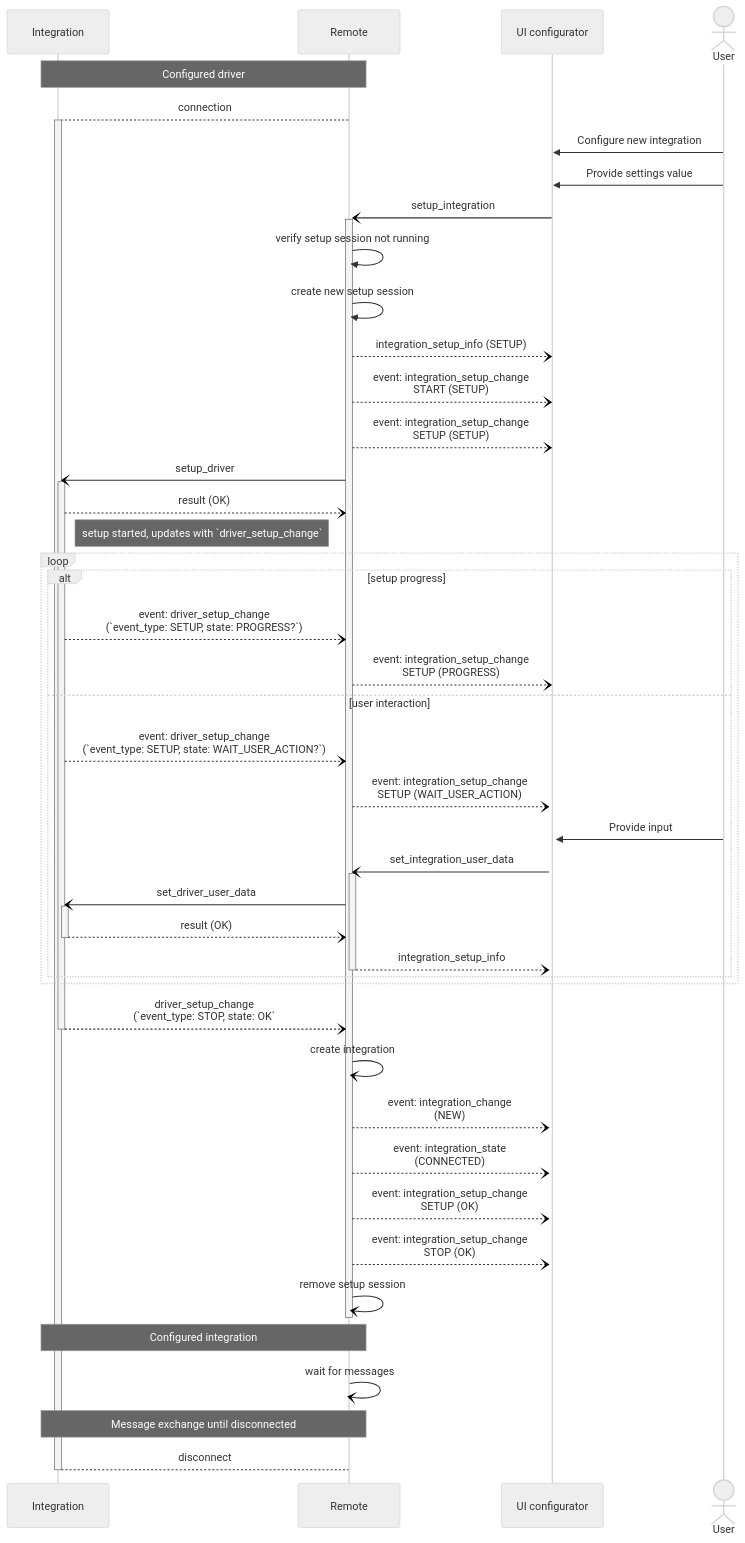
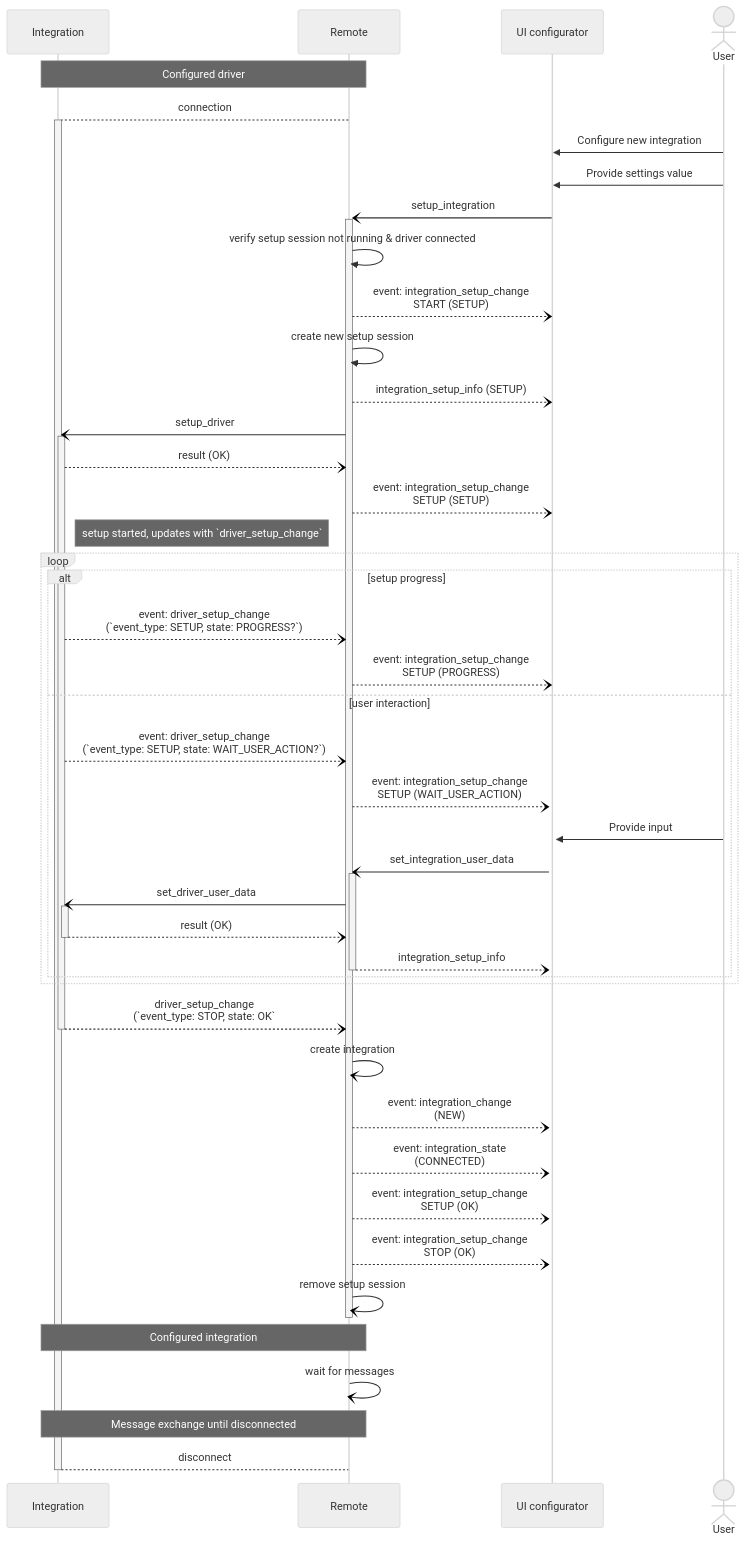
Before and after one commit to unfoldedcircle/core-api: the second of 2 diagrams in doc/integration-driver/driver-setup.md, drawn with Mermaid (neutral theme). The commit also changed 1 other file, not shown here.

Commit message:
define setup_driver payload

````diff
--- a/doc/integration-driver/driver-setup.md
+++ b/doc/integration-driver/driver-setup.md
@@ -93,51 +93,51 @@
 ```mermaid
 sequenceDiagram
     participant I as Integration
     participant R as Remote
     participant C as UI configurator
     actor User
 
     Note over I,R: Configured driver
     R-->+I:           connection
 
     User->>C: Configure new integration
 
     User->>C: Provide settings value
 
     C-)+R:   setup_integration
-    R->>R:   verify setup session not running
+    R->>R:   verify setup session not running & driver connected
+    R--)C:   event: integration_setup_change<br>START (SETUP)
     R->>R:   create new setup session
     R--)C:   integration_setup_info (SETUP)
-    R--)C:   event: integration_setup_change<br>START (SETUP)
-    R--)C:   event: integration_setup_change<br>SETUP (SETUP)
 
     R-)+I:    setup_driver
     I--)R:    result (OK)
+    R--)C:   event: integration_setup_change<br>SETUP (SETUP)
     Note right of I: setup started, updates with `driver_setup_change`
     loop
       alt setup progress
         I--)R:    event: driver_setup_change<br>(`event_type: SETUP, state: PROGRESS?`)
         R--)C:    event: integration_setup_change<br>SETUP (PROGRESS)
       else user interaction
         I--)R:    event: driver_setup_change<br>(`event_type: SETUP, state: WAIT_USER_ACTION?`)
         R--)+C:   event: integration_setup_change<br>SETUP (WAIT_USER_ACTION)
         User->>C: Provide input  
         C-)+R:    set_integration_user_data
         R-)+I:    set_driver_user_data
         I--)-R:   result (OK)
         R--)-C:    integration_setup_info
       end
     end
     I--)-R: driver_setup_change<br>(`event_type: STOP, state: OK`
     R-)R:   create integration
     R--)C:  event: integration_change<br>(NEW)
     R--)C:  event: integration_state<br>(CONNECTED)
     R--)C:  event: integration_setup_change<br>SETUP (OK)
     R--)C: event: integration_setup_change<br>STOP (OK)
     R-)-R:   remove setup session
 
     Note over I,R: Configured integration
     R-)R:    wait for messages
     Note over I,R: Message exchange until disconnected
     I-->-R:     disconnect
 ```
````
